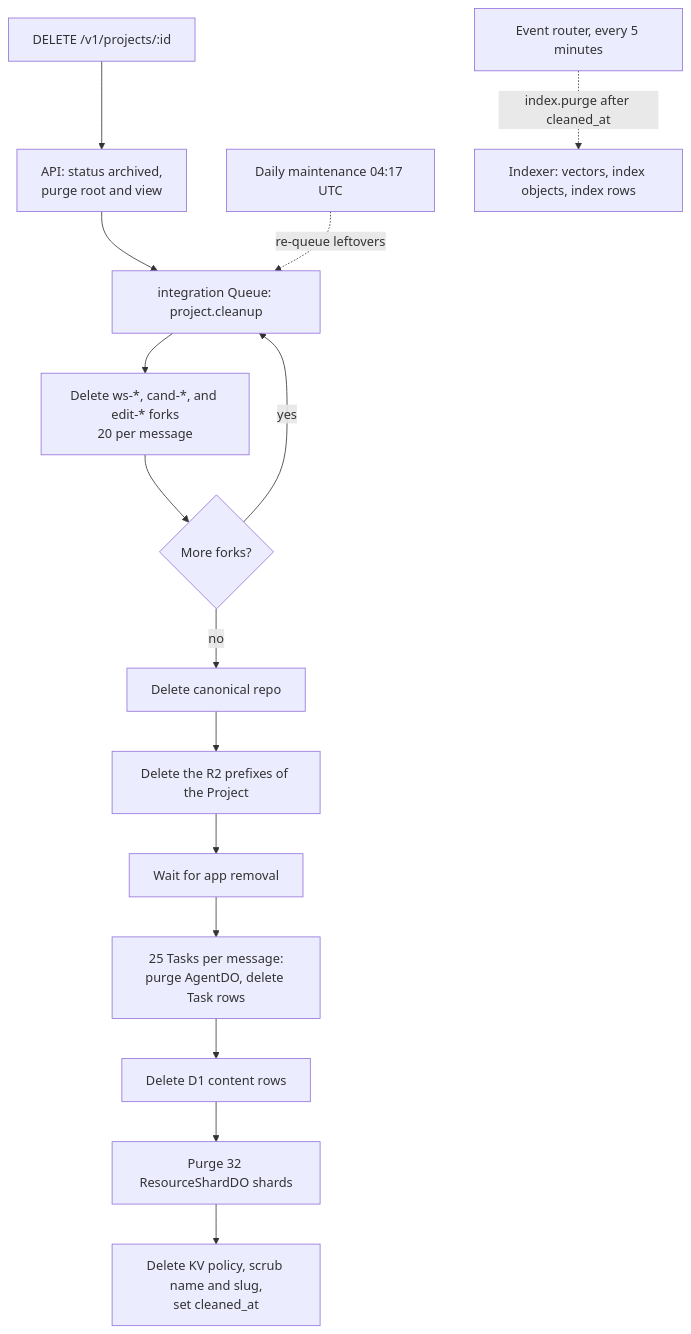
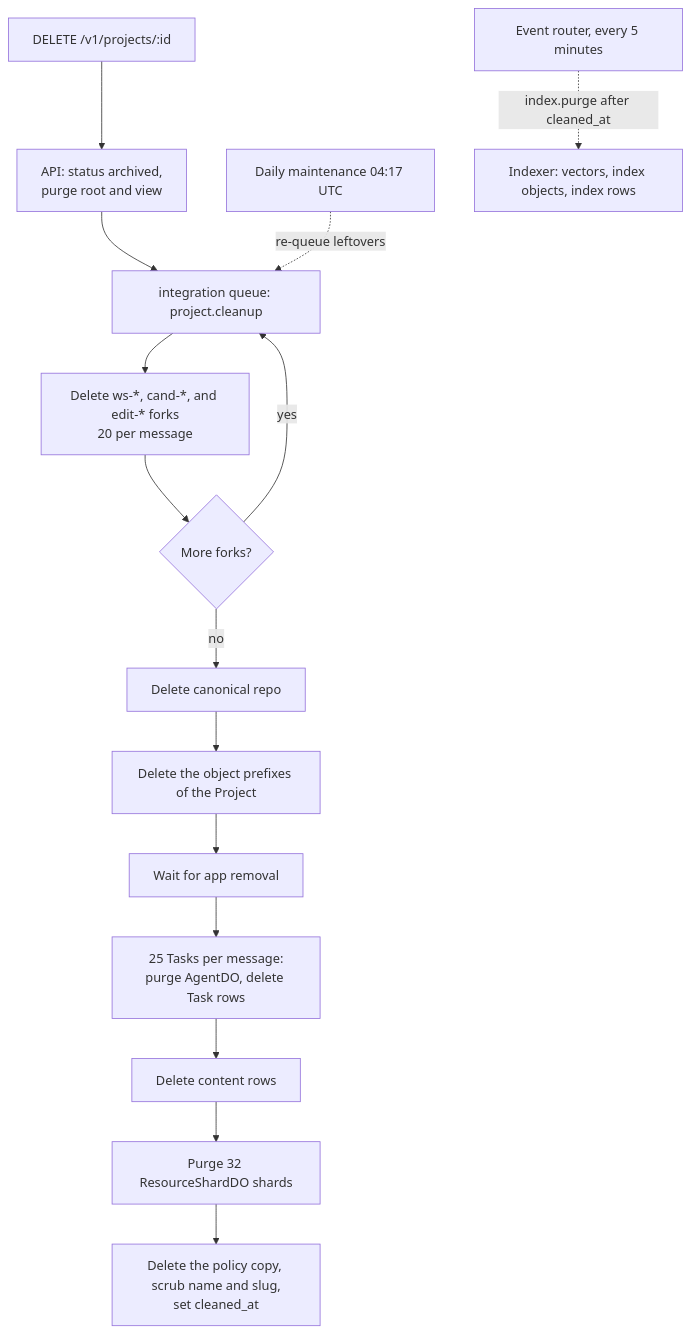
Before and after one commit to nsudhanva/rhumbatron: the diagram in docs/operations/cleanup.md, drawn with Mermaid. The commit also changed other lines of this file and 322 other files, not shown here.

````diff
--- a/docs/operations/cleanup.md
+++ b/docs/operations/cleanup.md
@@ -29,17 +29,17 @@
 ```mermaid
 flowchart TB
   del[DELETE /v1/projects/:id] --> arch[API: status archived,<br/>purge root and view]
-  arch --> q[integration Queue: project.cleanup]
+  arch --> q[integration queue: project.cleanup]
   q --> f[Delete ws-*, cand-*, and edit-* forks<br/>20 per message]
   f --> more{More forks?}
   more -->|yes| q
   more -->|no| canon[Delete canonical repo]
-  canon --> r2[Delete the R2 prefixes of the Project]
-  r2 --> apps[Wait for app removal]
+  canon --> obj[Delete the object prefixes of the Project]
+  obj --> apps[Wait for app removal]
   apps --> tasks[25 Tasks per message:<br/>purge AgentDO, delete Task rows]
-  tasks --> d1[Delete D1 content rows]
-  d1 --> shards[Purge 32 ResourceShardDO shards]
-  shards --> done[Delete KV policy, scrub name and slug,<br/>set cleaned_at]
+  tasks --> rows[Delete content rows]
+  rows --> shards[Purge 32 ResourceShardDO shards]
+  shards --> done[Delete the policy copy, scrub name and slug,<br/>set cleaned_at]
   cron[Daily maintenance 04:17 UTC] -.->|re-queue leftovers| q
   sweep[Event router, every 5 minutes] -.->|index.purge after cleaned_at| idx[Indexer: vectors, index objects, index rows]
 ```
````
